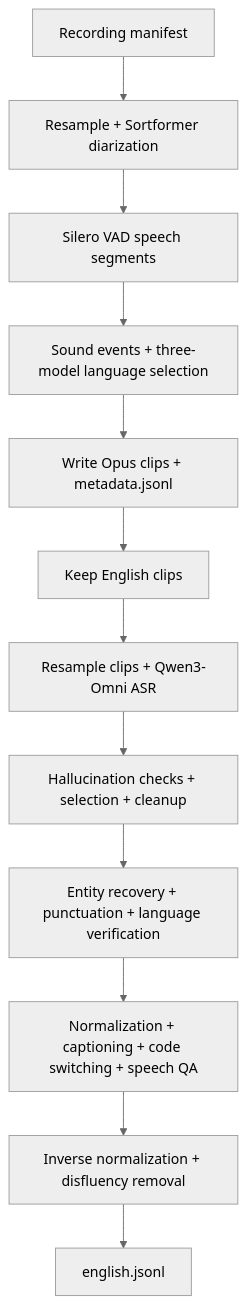
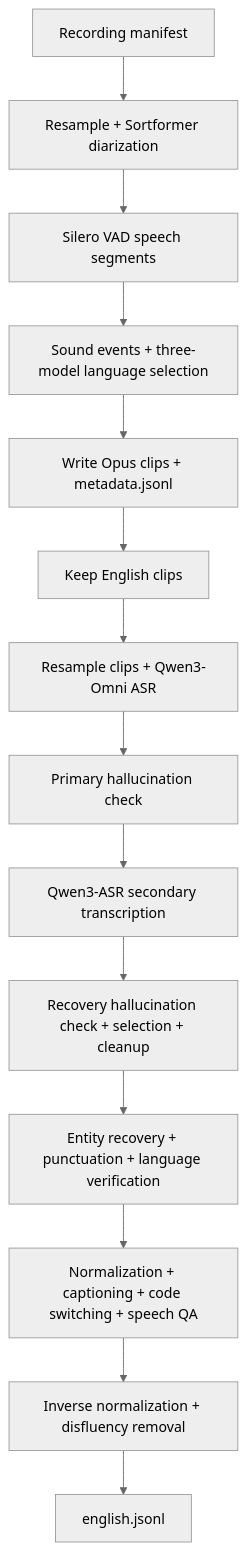
Before and after one commit to NVIDIA-NeMo/Curator: the diagram in tutorials/audio/granary_v2/full_english_pipeline/README.md, drawn with Mermaid (neutral theme). The commit also changed other lines of this file and 2 other files, not shown here.

Commit message:
feat(audio): add Qwen ASR recovery to the full English pipeline

````diff
--- a/tutorials/audio/granary_v2/full_english_pipeline/README.md
+++ b/tutorials/audio/granary_v2/full_english_pipeline/README.md
@@ -9,14 +10,16 @@
 ```mermaid
 flowchart TD
     A[Recording manifest] --> B[Resample + Sortformer diarization]
     B --> C[Silero VAD speech segments]
     C --> D[Sound events + three-model language selection]
     D --> E[Write Opus clips + metadata.jsonl]
     E --> F[Keep English clips]
     F --> G[Resample clips + Qwen3-Omni ASR]
-    G --> H[Hallucination checks + selection + cleanup]
+    G --> R[Primary hallucination check]
+    R --> S[Qwen3-ASR secondary transcription]
+    S --> H[Recovery hallucination check + selection + cleanup]
     H --> I[Entity recovery + punctuation + language verification]
     I --> J[Normalization + captioning + code switching + speech QA]
     J --> K[Inverse normalization + disfluency removal]
     K --> L[english.jsonl]
 ```
````
